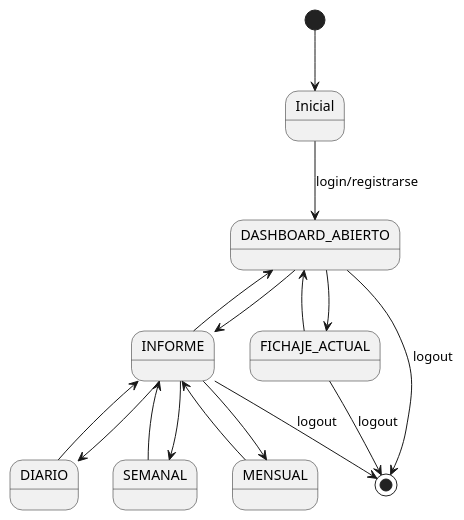
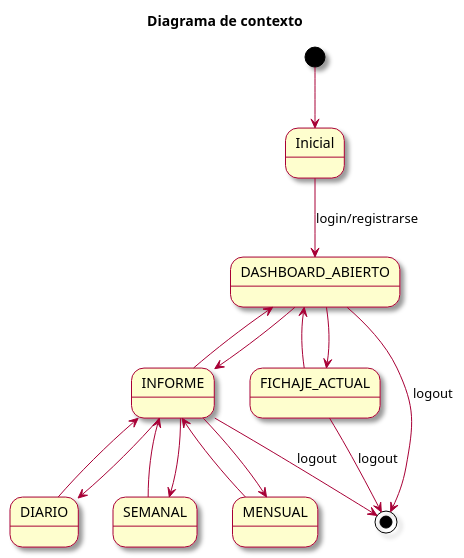
The diagram in modelosUML/casosDeUso/diagramaContexto.puml (mmasias/23-24-IdSw1-SDR), drawn with PlantUML before and after one commit. The commit also changed 1 other file, not shown here.

Commit message:
Modificacion caso de uso Diagrama de Contexto

```diff
--- a/modelosUML/casosDeUso/diagramaContexto.puml
+++ b/modelosUML/casosDeUso/diagramaContexto.puml
@@ -1,25 +1,28 @@
 @startuml Diagrama Contexto
+
+skin rose
+title Diagrama de contexto
 
 [*] -->  Inicial
 
 Inicial -d-> DASHBOARD_ABIERTO : login/registrarse
 
 DASHBOARD_ABIERTO --> FICHAJE_ACTUAL
 DASHBOARD_ABIERTO --> INFORME
 
 DASHBOARD_ABIERTO <-- FICHAJE_ACTUAL
 DASHBOARD_ABIERTO <-- INFORME
 
 INFORME --> DIARIO
 INFORME --> SEMANAL
 INFORME --> MENSUAL
 
 INFORME <-- DIARIO
 INFORME <-- SEMANAL
 INFORME <-- MENSUAL
 
 DASHBOARD_ABIERTO --> [*] : logout
 FICHAJE_ACTUAL --> [*] : logout
 INFORME --> [*] : logout
 
 @enduml
```
